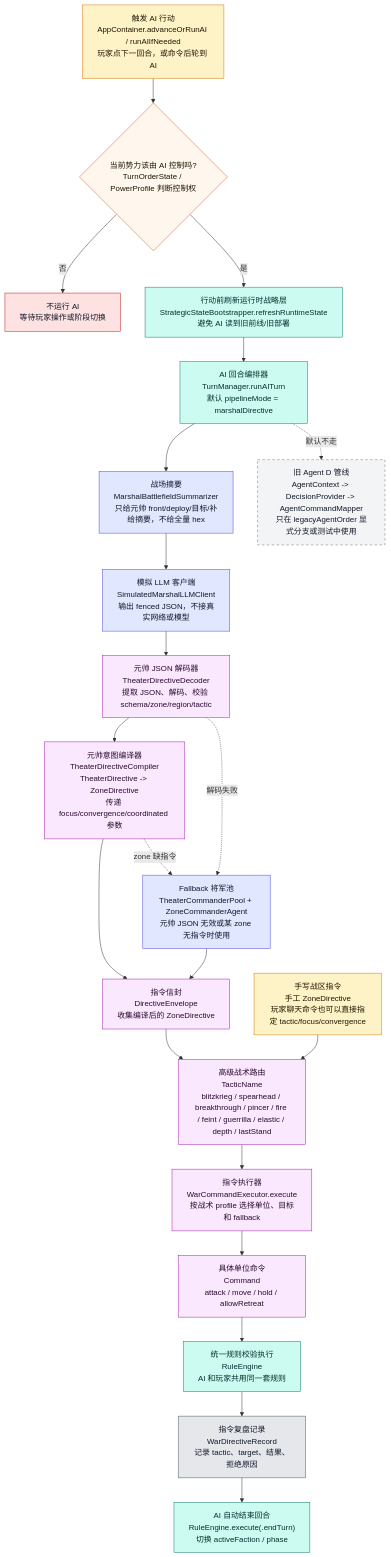
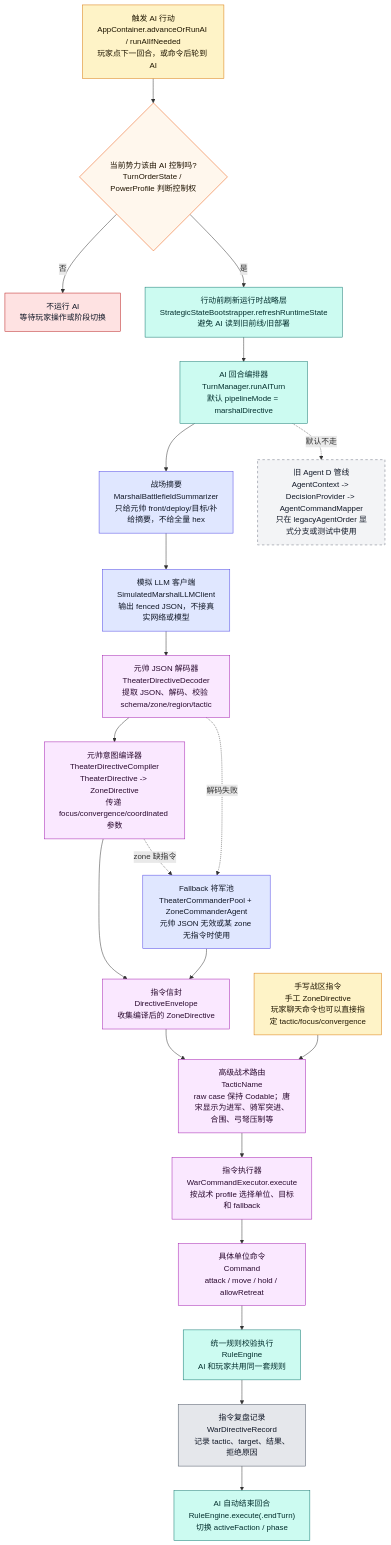
The seventh of 12 diagrams in md/flow/flowchart.md (Altman-sam114/125), drawn with Mermaid before and after one commit. The commit also changed other lines of this file and 11 other files, not shown here.

````diff
--- a/md/flow/flowchart.md
+++ b/md/flow/flowchart.md
@@ -363,43 +363,43 @@
 ```mermaid
 flowchart TD
     START["触发 AI 行动<br/>AppContainer.advanceOrRunAI / runAIIfNeeded<br/>玩家点下一回合，或命令后轮到 AI"]:::input
     CHECK{"当前势力该由 AI 控制吗?<br/>TurnOrderState / PowerProfile 判断控制权"}:::decision
     STOP["不运行 AI<br/>等待玩家操作或阶段切换"]:::stop
     REFRESH["行动前刷新运行时战略层<br/>StrategicStateBootstrapper.refreshRuntimeState<br/>避免 AI 读到旧前线/旧部署"]:::rules
     TM["AI 回合编排器<br/>TurnManager.runAITurn<br/>默认 pipelineMode = marshalDirective"]:::rules
     SUM["战场摘要<br/>MarshalBattlefieldSummarizer<br/>只给元帅 front/deploy/目标/补给摘要，不给全量 hex"]:::ai
     LLM["模拟 LLM 客户端<br/>SimulatedMarshalLLMClient<br/>输出 fenced JSON，不接真实网络或模型"]:::ai
     DEC["元帅 JSON 解码器<br/>TheaterDirectiveDecoder<br/>提取 JSON、解码、校验 schema/zone/region/tactic"]:::command
     COMP["元帅意图编译器<br/>TheaterDirectiveCompiler<br/>TheaterDirective -> ZoneDirective<br/>传递 focus/convergence/coordinated 参数"]:::command
     ENV["指令信封<br/>DirectiveEnvelope<br/>收集编译后的 ZoneDirective"]:::command
-    TACTIC["高级战术路由<br/>TacticName<br/>blitzkrieg / spearhead / breakthrough / pincer / fire / feint / guerrilla / elastic / depth / lastStand"]:::command
+    TACTIC["高级战术路由<br/>TacticName<br/>raw case 保持 Codable；唐宋显示为进军、骑军突进、合围、弓弩压制等"]:::command
     WCE["指令执行器<br/>WarCommandExecutor.execute<br/>按战术 profile 选择单位、目标和 fallback"]:::command
     BOTTOM["具体单位命令<br/>Command<br/>attack / move / hold / allowRetreat"]:::command
     RE["统一规则校验执行<br/>RuleEngine<br/>AI 和玩家共用同一套规则"]:::rules
     RECORD["指令复盘记录<br/>WarDirectiveRecord<br/>记录 tactic、target、结果、拒绝原因"]:::ui
     END["AI 自动结束回合<br/>RuleEngine.execute(.endTurn)<br/>切换 activeFaction / phase"]:::rules
 
     START --> CHECK
     CHECK -->|否| STOP
     CHECK -->|是| REFRESH --> TM --> SUM --> LLM --> DEC --> COMP --> ENV
     ENV --> TACTIC --> WCE --> BOTTOM --> RE --> RECORD --> END
 
     FALLBACK["Fallback 将军池<br/>TheaterCommanderPool + ZoneCommanderAgent<br/>元帅 JSON 无效或某 zone 无指令时使用"]:::ai
     DEC -.解码失败.-> FALLBACK --> ENV
     COMP -.zone 缺指令.-> FALLBACK
 
     LEGACY["旧 Agent D 管线<br/>AgentContext -> DecisionProvider -> AgentCommandMapper<br/>只在 legacyAgentOrder 显式分支或测试中使用"]:::legacy
     TM -.默认不走.-> LEGACY
 
     MANUAL["手写战区指令<br/>手工 ZoneDirective<br/>玩家聊天命令也可以直接指定 tactic/focus/convergence"]:::input
     MANUAL --> TACTIC
 
     classDef input fill:#fef3c7,stroke:#d97706,color:#1f1600
     classDef decision fill:#fff7ed,stroke:#ea580c,color:#1f1300
     classDef stop fill:#fee2e2,stroke:#b91c1c,color:#111827
     classDef rules fill:#ccfbf1,stroke:#0f766e,color:#042f2e
     classDef ai fill:#e0e7ff,stroke:#4f46e5,color:#111827
     classDef command fill:#fae8ff,stroke:#a21caf,color:#2a0a2f
     classDef ui fill:#e5e7eb,stroke:#4b5563,color:#111827
     classDef legacy fill:#f3f4f6,stroke:#6b7280,stroke-dasharray:5 5,color:#111827
 ```
````
